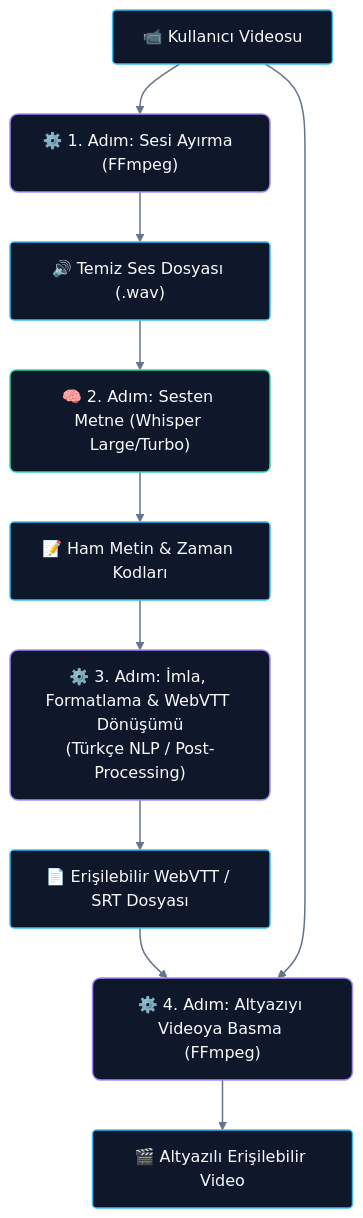
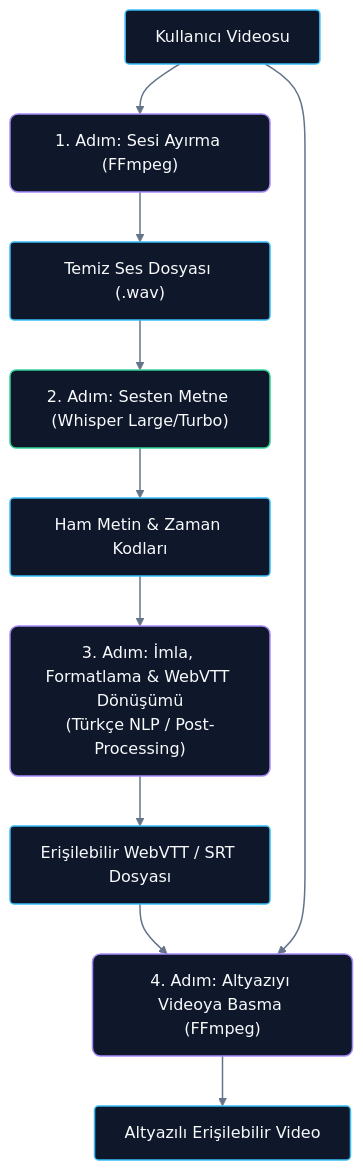
Before and after one commit to erisilebilir-destek/erisilebilir-destek: the first of 2 diagrams in docs/inovasyon-teknik-raporu.md, drawn with Mermaid.

Commit message:
docs: remove emojis from ASR Pipeline Mermaid diagram

````diff
--- a/docs/inovasyon-teknik-raporu.md
+++ b/docs/inovasyon-teknik-raporu.md
@@ -239,28 +239,29 @@
 ```mermaid
 flowchart TD
     classDef file fill:#0f172a,stroke:#38bdf8,stroke-width:1.5px,color:#f8fafc,rx:4px,ry:4px;
     classDef proc fill:#0f172a,stroke:#a78bfa,stroke-width:1.5px,color:#f8fafc,rx:8px,ry:8px;
     classDef model fill:#0f172a,stroke:#34d399,stroke-width:1.5px,color:#f8fafc,rx:6px,ry:6px;
 
-    Video["📹 Kullanıcı Videosu"]:::file
-    FFmpeg1["⚙️ 1. Adım: Sesi Ayırma (FFmpeg)"]:::proc
-    Wav["🔊 Temiz Ses Dosyası (.wav)"]:::file
-    Whisper["🧠 2. Adım: Sesten Metne (Whisper Large/Turbo)"]:::model
-    RawText["📝 Ham Metin & Zaman Kodları"]:::file
-    PostProc["⚙️ 3. Adım: İmla, Formatlama & WebVTT Dönüşümü<br/>(Türkçe NLP / Post-Processing)"]:::proc
-    Vtt["📄 Erişilebilir WebVTT / SRT Dosyası"]:::file
-    FFmpeg2["⚙️ 4. Adım: Altyazıyı Videoya Basma (FFmpeg)"]:::proc
-    Output["🎬 Altyazılı Erişilebilir Video"]:::file
+    Video["Kullanıcı Videosu"]:::file
+    FFmpeg1["1. Adım: Sesi Ayırma (FFmpeg)"]:::proc
+    Wav["Temiz Ses Dosyası (.wav)"]:::file
+    Whisper["2. Adım: Sesten Metne (Whisper Large/Turbo)"]:::model
+    RawText["Ham Metin & Zaman Kodları"]:::file
+    PostProc["3. Adım: İmla, Formatlama & WebVTT Dönüşümü<br/>(Türkçe NLP / Post-Processing)"]:::proc
+    Vtt["Erişilebilir WebVTT / SRT Dosyası"]:::file
+    FFmpeg2["4. Adım: Altyazıyı Videoya Basma (FFmpeg)"]:::proc
+    Output["Altyazılı Erişilebilir Video"]:::file
+
 
     Video --> FFmpeg1
     FFmpeg1 --> Wav
     Wav --> Whisper
     Whisper --> RawText
     RawText --> PostProc
     PostProc --> Vtt
     Vtt --> FFmpeg2
     Video --> FFmpeg2
     FFmpeg2 --> Output
     
     linkStyle default stroke:#64748b,stroke-width:1.5px;
 ```
````
